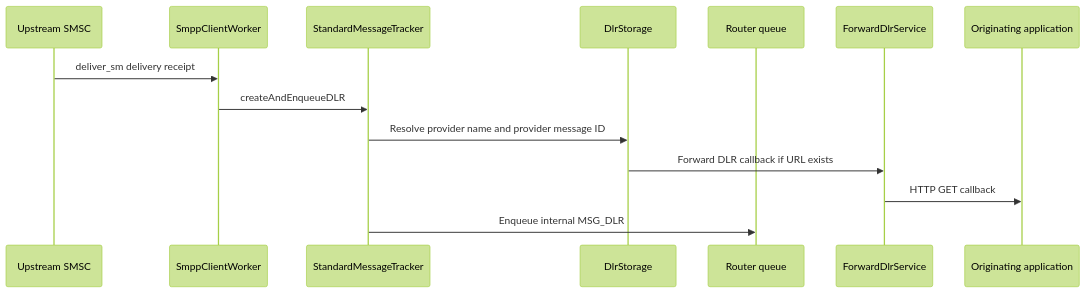
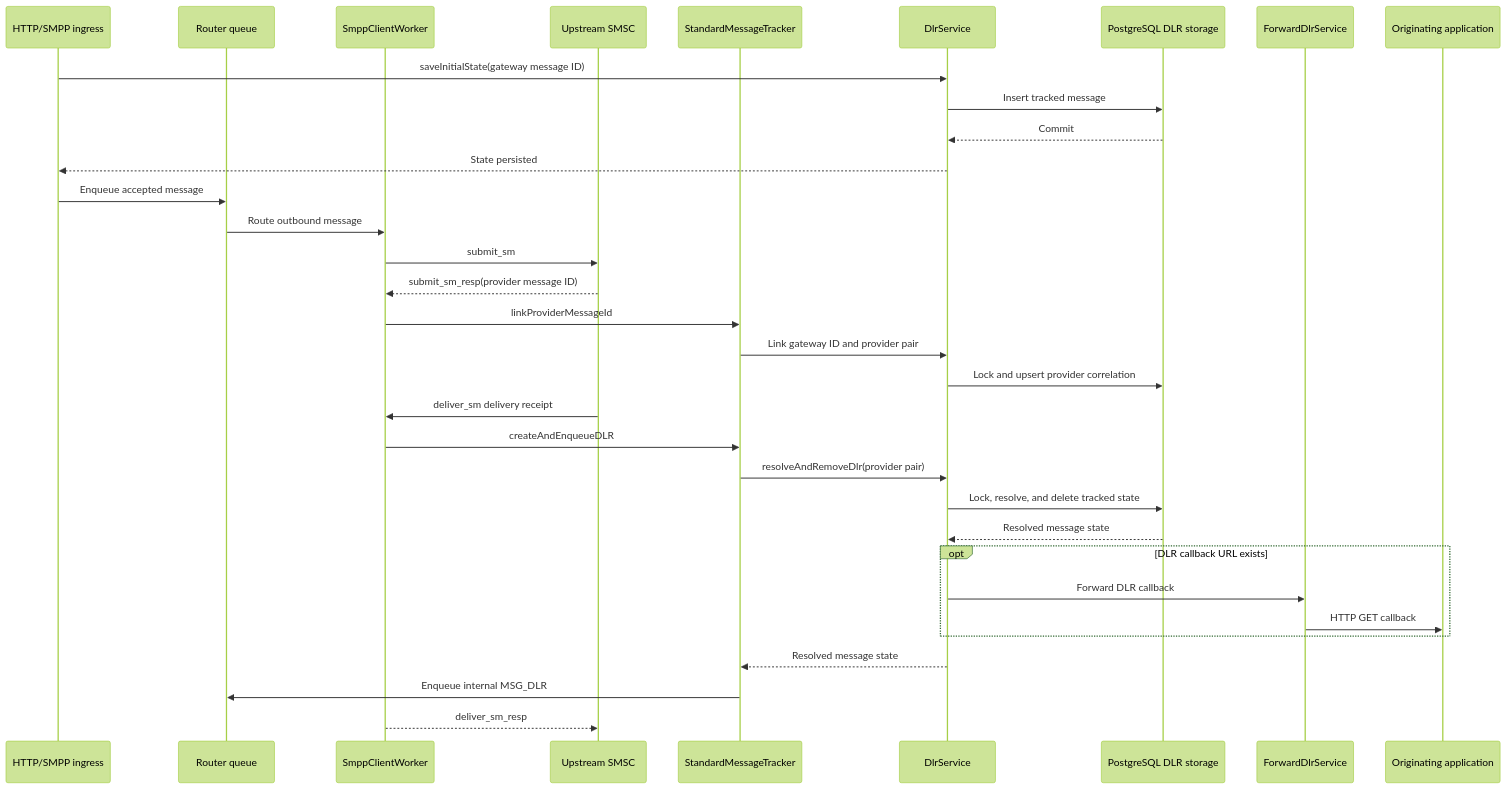
Before and after one commit to cytechmobile/sendium: the fifth of 6 diagrams in docs/01-architecture.md, drawn with Mermaid (forest theme). The commit also changed other lines of this file, not shown here.

Commit message:
docs(dlr): detail provider correlation flow

````diff
--- a/docs/01-architecture.md
+++ b/docs/01-architecture.md
@@ -156,17 +158,37 @@
 ```mermaid
 sequenceDiagram
+    participant Ingress as HTTP/SMPP ingress
+    participant Router as Router queue
+    participant Worker as SmppClientWorker
     participant SMSC as Upstream SMSC
-    participant Worker as SmppClientWorker
     participant Tracker as StandardMessageTracker
-    participant Store as DlrStorage
-    participant Router as Router queue
+    participant Service as DlrService
+    participant Database as PostgreSQL DLR storage
     participant DLRHook as ForwardDlrService
     participant App as Originating application
 
+    Ingress->>Service: saveInitialState(gateway message ID)
+    Service->>Database: Insert tracked message
+    Database-->>Service: Commit
+    Service-->>Ingress: State persisted
+    Ingress->>Router: Enqueue accepted message
+    Router->>Worker: Route outbound message
+    Worker->>SMSC: submit_sm
+    SMSC-->>Worker: submit_sm_resp(provider message ID)
+    Worker->>Tracker: linkProviderMessageId
+    Tracker->>Service: Link gateway ID and provider pair
+    Service->>Database: Lock and upsert provider correlation
+
     SMSC->>Worker: deliver_sm delivery receipt
     Worker->>Tracker: createAndEnqueueDLR
-    Tracker->>Store: Resolve provider name and provider message ID
-    Store->>DLRHook: Forward DLR callback if URL exists
-    DLRHook->>App: HTTP GET callback
+    Tracker->>Service: resolveAndRemoveDlr(provider pair)
+    Service->>Database: Lock, resolve, and delete tracked state
+    Database-->>Service: Resolved message state
+    opt DLR callback URL exists
+        Service->>DLRHook: Forward DLR callback
+        DLRHook->>App: HTTP GET callback
+    end
+    Service-->>Tracker: Resolved message state
     Tracker->>Router: Enqueue internal MSG_DLR
+    Worker-->>SMSC: deliver_sm_resp
 ```
````
